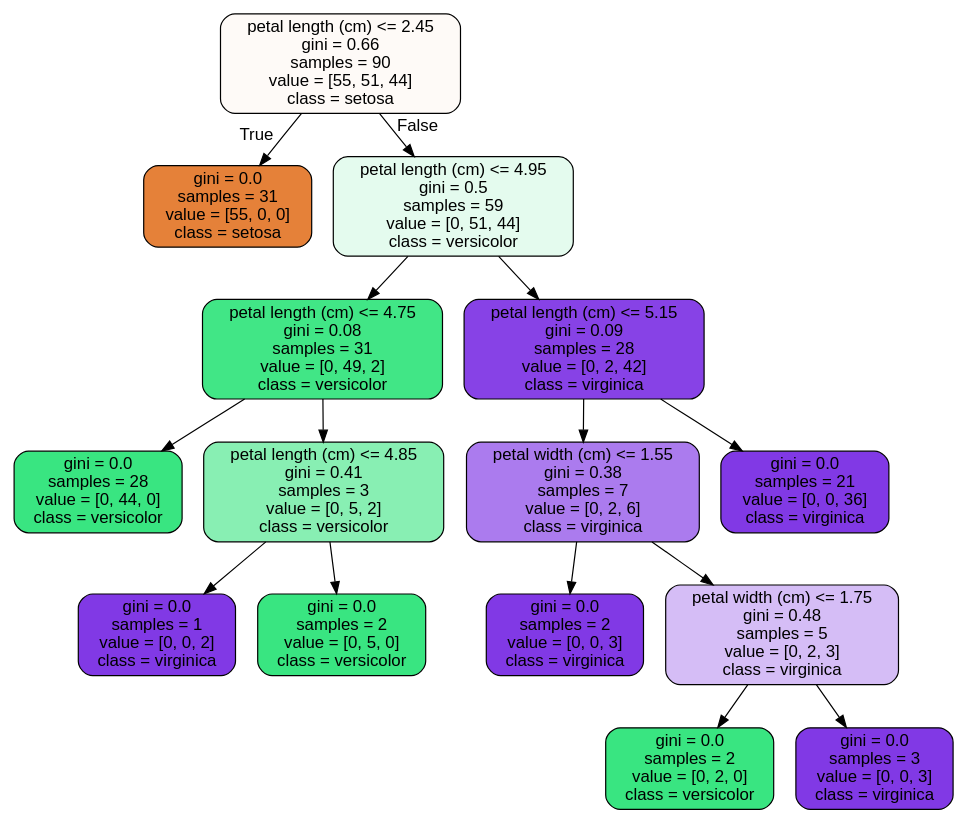
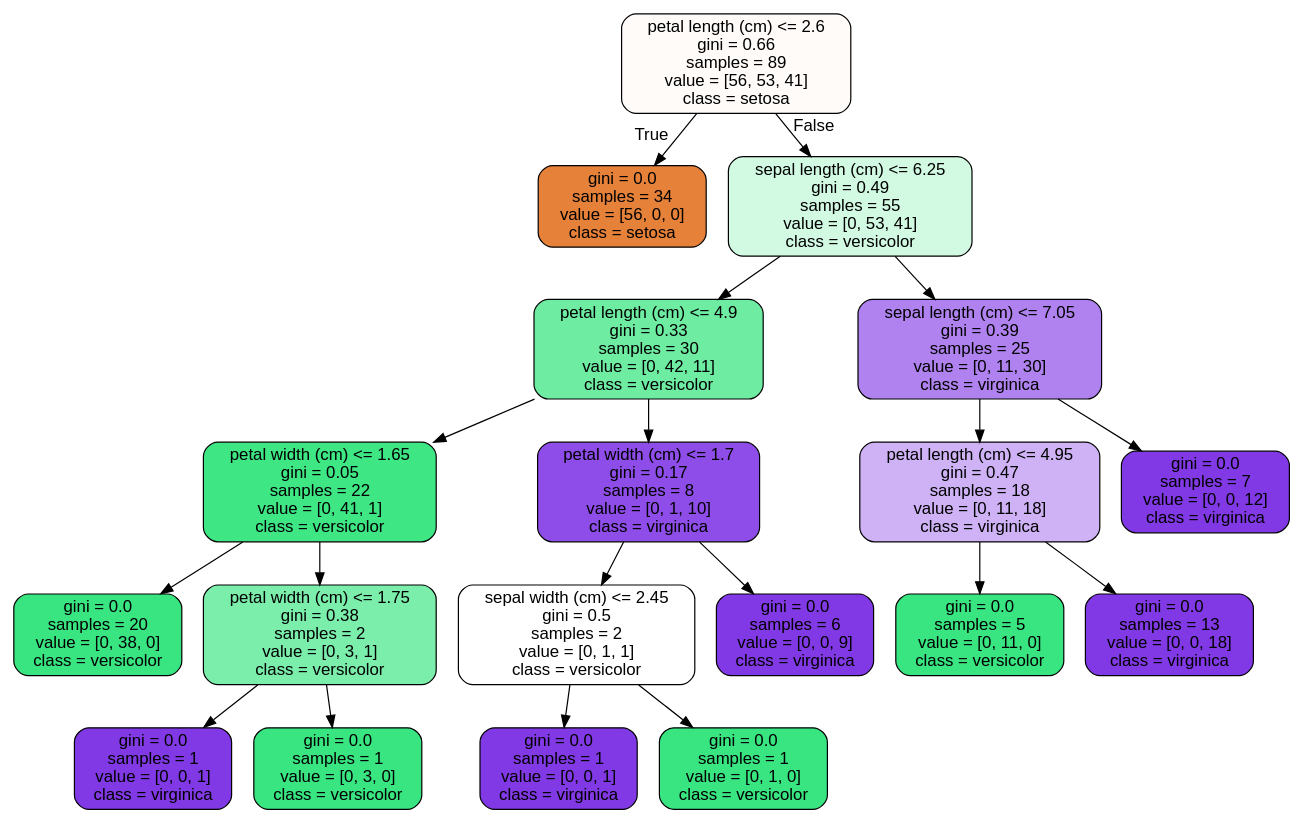
Before and after one commit to jonnross88/Springboard: the diagram in u14_supervised_learning/Random Forest Covid Case Study/tree.dot, drawn with Graphviz. The commit also changed 2 other files, not shown here.

```diff
--- a/u14_supervised_learning/Random Forest Covid Case Study/tree.dot
+++ b/u14_supervised_learning/Random Forest Covid Case Study/tree.dot
@@ -1,33 +1,41 @@
 digraph Tree {
 node [shape=box, style="filled, rounded", color="black", fontname="helvetica"] ;
 edge [fontname="helvetica"] ;
-0 [label="petal length (cm) <= 2.45\ngini = 0.66\nsamples = 90\nvalue = [55, 51, 44]\nclass = setosa", fillcolor="#fefaf7"] ;
-1 [label="gini = 0.0\nsamples = 31\nvalue = [55, 0, 0]\nclass = setosa", fillcolor="#e58139"] ;
+0 [label="petal length (cm) <= 2.6\ngini = 0.66\nsamples = 89\nvalue = [56, 53, 41]\nclass = setosa", fillcolor="#fefbf9"] ;
+1 [label="gini = 0.0\nsamples = 34\nvalue = [56, 0, 0]\nclass = setosa", fillcolor="#e58139"] ;
 0 -> 1 [labeldistance=2.5, labelangle=45, headlabel="True"] ;
-2 [label="petal length (cm) <= 4.95\ngini = 0.5\nsamples = 59\nvalue = [0, 51, 44]\nclass = versicolor", fillcolor="#e4fbee"] ;
+2 [label="sepal length (cm) <= 6.25\ngini = 0.49\nsamples = 55\nvalue = [0, 53, 41]\nclass = versicolor", fillcolor="#d2f9e2"] ;
 0 -> 2 [labeldistance=2.5, labelangle=-45, headlabel="False"] ;
-3 [label="petal length (cm) <= 4.75\ngini = 0.08\nsamples = 31\nvalue = [0, 49, 2]\nclass = versicolor", fillcolor="#41e686"] ;
+3 [label="petal length (cm) <= 4.9\ngini = 0.33\nsamples = 30\nvalue = [0, 42, 11]\nclass = versicolor", fillcolor="#6deca2"] ;
 2 -> 3 ;
-4 [label="gini = 0.0\nsamples = 28\nvalue = [0, 44, 0]\nclass = versicolor", fillcolor="#39e581"] ;
+4 [label="petal width (cm) <= 1.65\ngini = 0.05\nsamples = 22\nvalue = [0, 41, 1]\nclass = versicolor", fillcolor="#3ee684"] ;
 3 -> 4 ;
-5 [label="petal length (cm) <= 4.85\ngini = 0.41\nsamples = 3\nvalue = [0, 5, 2]\nclass = versicolor", fillcolor="#88efb3"] ;
-3 -> 5 ;
-6 [label="gini = 0.0\nsamples = 1\nvalue = [0, 0, 2]\nclass = virginica", fillcolor="#8139e5"] ;
-5 -> 6 ;
-7 [label="gini = 0.0\nsamples = 2\nvalue = [0, 5, 0]\nclass = versicolor", fillcolor="#39e581"] ;
-5 -> 7 ;
-8 [label="petal length (cm) <= 5.15\ngini = 0.09\nsamples = 28\nvalue = [0, 2, 42]\nclass = virginica", fillcolor="#8742e6"] ;
-2 -> 8 ;
-9 [label="petal width (cm) <= 1.55\ngini = 0.38\nsamples = 7\nvalue = [0, 2, 6]\nclass = virginica", fillcolor="#ab7bee"] ;
-8 -> 9 ;
-10 [label="gini = 0.0\nsamples = 2\nvalue = [0, 0, 3]\nclass = virginica", fillcolor="#8139e5"] ;
+5 [label="gini = 0.0\nsamples = 20\nvalue = [0, 38, 0]\nclass = versicolor", fillcolor="#39e581"] ;
+4 -> 5 ;
+6 [label="petal width (cm) <= 1.75\ngini = 0.38\nsamples = 2\nvalue = [0, 3, 1]\nclass = versicolor", fillcolor="#7beeab"] ;
+4 -> 6 ;
+7 [label="gini = 0.0\nsamples = 1\nvalue = [0, 0, 1]\nclass = virginica", fillcolor="#8139e5"] ;
+6 -> 7 ;
+8 [label="gini = 0.0\nsamples = 1\nvalue = [0, 3, 0]\nclass = versicolor", fillcolor="#39e581"] ;
+6 -> 8 ;
+9 [label="petal width (cm) <= 1.7\ngini = 0.17\nsamples = 8\nvalue = [0, 1, 10]\nclass = virginica", fillcolor="#8e4de8"] ;
+3 -> 9 ;
+10 [label="sepal width (cm) <= 2.45\ngini = 0.5\nsamples = 2\nvalue = [0, 1, 1]\nclass = versicolor", fillcolor="#ffffff"] ;
 9 -> 10 ;
-11 [label="petal width (cm) <= 1.75\ngini = 0.48\nsamples = 5\nvalue = [0, 2, 3]\nclass = virginica", fillcolor="#d5bdf6"] ;
-9 -> 11 ;
-12 [label="gini = 0.0\nsamples = 2\nvalue = [0, 2, 0]\nclass = versicolor", fillcolor="#39e581"] ;
-11 -> 12 ;
-13 [label="gini = 0.0\nsamples = 3\nvalue = [0, 0, 3]\nclass = virginica", fillcolor="#8139e5"] ;
-11 -> 13 ;
-14 [label="gini = 0.0\nsamples = 21\nvalue = [0, 0, 36]\nclass = virginica", fillcolor="#8139e5"] ;
-8 -> 14 ;
+11 [label="gini = 0.0\nsamples = 1\nvalue = [0, 0, 1]\nclass = virginica", fillcolor="#8139e5"] ;
+10 -> 11 ;
+12 [label="gini = 0.0\nsamples = 1\nvalue = [0, 1, 0]\nclass = versicolor", fillcolor="#39e581"] ;
+10 -> 12 ;
+13 [label="gini = 0.0\nsamples = 6\nvalue = [0, 0, 9]\nclass = virginica", fillcolor="#8139e5"] ;
+9 -> 13 ;
+14 [label="sepal length (cm) <= 7.05\ngini = 0.39\nsamples = 25\nvalue = [0, 11, 30]\nclass = virginica", fillcolor="#af82ef"] ;
+2 -> 14 ;
+15 [label="petal length (cm) <= 4.95\ngini = 0.47\nsamples = 18\nvalue = [0, 11, 18]\nclass = virginica", fillcolor="#ceb2f5"] ;
+14 -> 15 ;
+16 [label="gini = 0.0\nsamples = 5\nvalue = [0, 11, 0]\nclass = versicolor", fillcolor="#39e581"] ;
+15 -> 16 ;
+17 [label="gini = 0.0\nsamples = 13\nvalue = [0, 0, 18]\nclass = virginica", fillcolor="#8139e5"] ;
+15 -> 17 ;
+18 [label="gini = 0.0\nsamples = 7\nvalue = [0, 0, 12]\nclass = virginica", fillcolor="#8139e5"] ;
+14 -> 18 ;
 }
```
